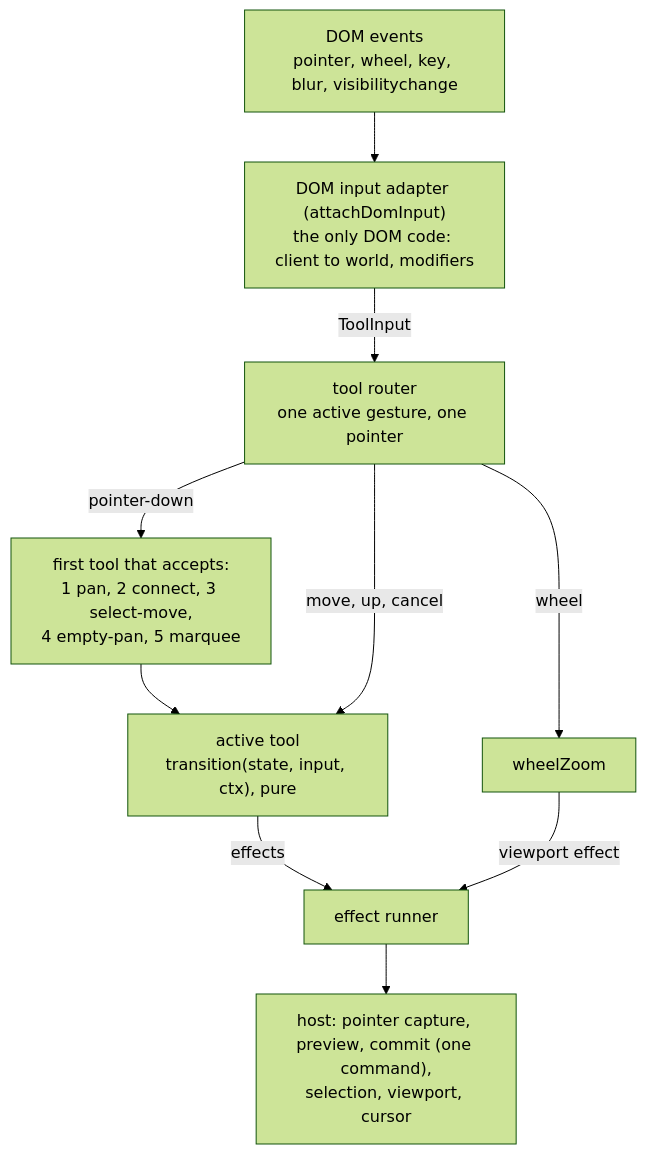
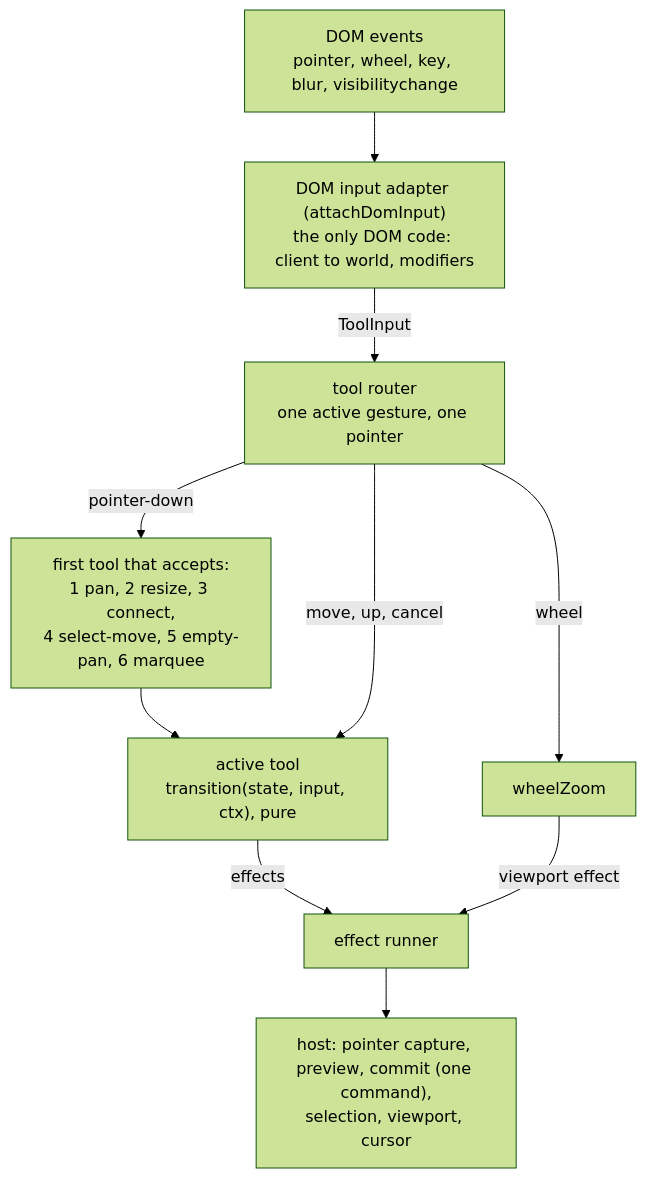
The first of 3 diagrams in docs/interaction.md (paceholder/nodeeditor-js), drawn with Mermaid (forest theme) before and after one commit. The commit also changed other lines of this file and 5 other files, not shown here.

````diff
--- a/docs/interaction.md
+++ b/docs/interaction.md
@@ -31,12 +32,12 @@
 ```mermaid
 flowchart TB
   dom["DOM events<br/>pointer, wheel, key, blur, visibilitychange"] --> adapter["DOM input adapter (attachDomInput)<br/>the only DOM code: client to world, modifiers"]
   adapter -- "ToolInput" --> router["tool router<br/>one active gesture, one pointer"]
-  router -- "pointer-down" --> order["first tool that accepts:<br/>1 pan, 2 connect, 3 select-move,<br/>4 empty-pan, 5 marquee"]
+  router -- "pointer-down" --> order["first tool that accepts:<br/>1 pan, 2 resize, 3 connect,<br/>4 select-move, 5 empty-pan, 6 marquee"]
   order --> tool["active tool<br/>transition(state, input, ctx), pure"]
   router -- "move, up, cancel" --> tool
   router -- "wheel" --> wheel["wheelZoom"]
   tool -- "effects" --> runner["effect runner"]
   wheel -- "viewport effect" --> runner
   runner --> host["host: pointer capture, preview, commit (one command),<br/>selection, viewport, cursor"]
 ```
````
